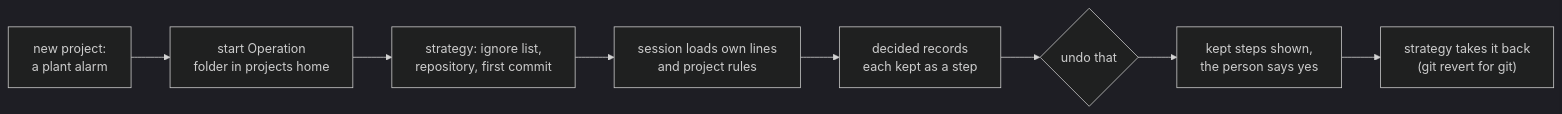
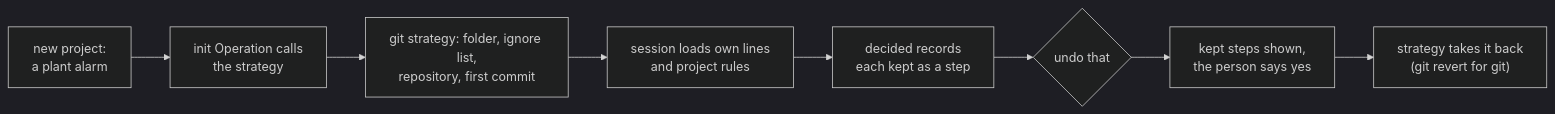
The second of 2 diagrams in docs/discovery/2026-11-25-spark-and-git/jobs-and-journeys.md (xmejkal/spark), drawn with Mermaid (dark theme) before and after one commit. The commit also changed other lines of this file and 6 other files, not shown here.

````diff
--- a/docs/discovery/2026-11-25-spark-and-git/jobs-and-journeys.md
+++ b/docs/discovery/2026-11-25-spark-and-git/jobs-and-journeys.md
@@ -65,7 +65,7 @@
 ```mermaid
 flowchart LR
-  t1["new project:<br/>a plant alarm"] --> t2["start Operation<br/>folder in projects home"] --> t3["strategy: ignore list,<br/>repository, first commit"]
+  t1["new project:<br/>a plant alarm"] --> t2["init Operation calls<br/>the strategy"] --> t3["git strategy: folder, ignore list,<br/>repository, first commit"]
   t3 --> t4["session loads own lines<br/>and project rules"] --> t5["decided records<br/>each kept as a step"]
   t5 --> t6{"undo that"}
   t6 --> t7["kept steps shown,<br/>the person says yes"] --> t8["strategy takes it back<br/>(git revert for git)"]
 ```
````
